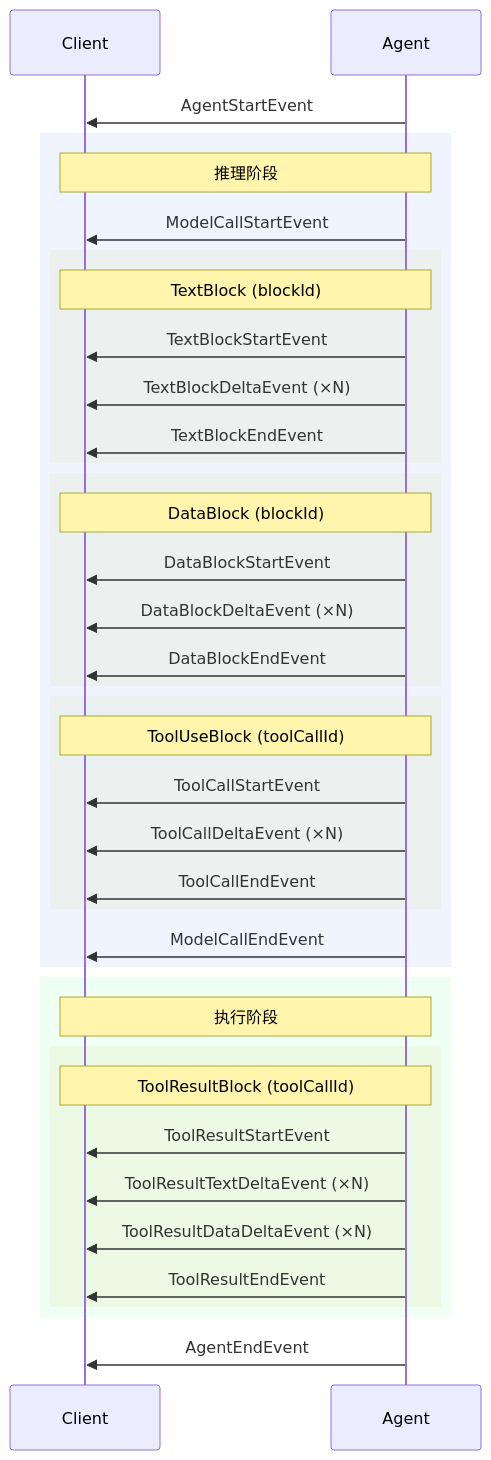
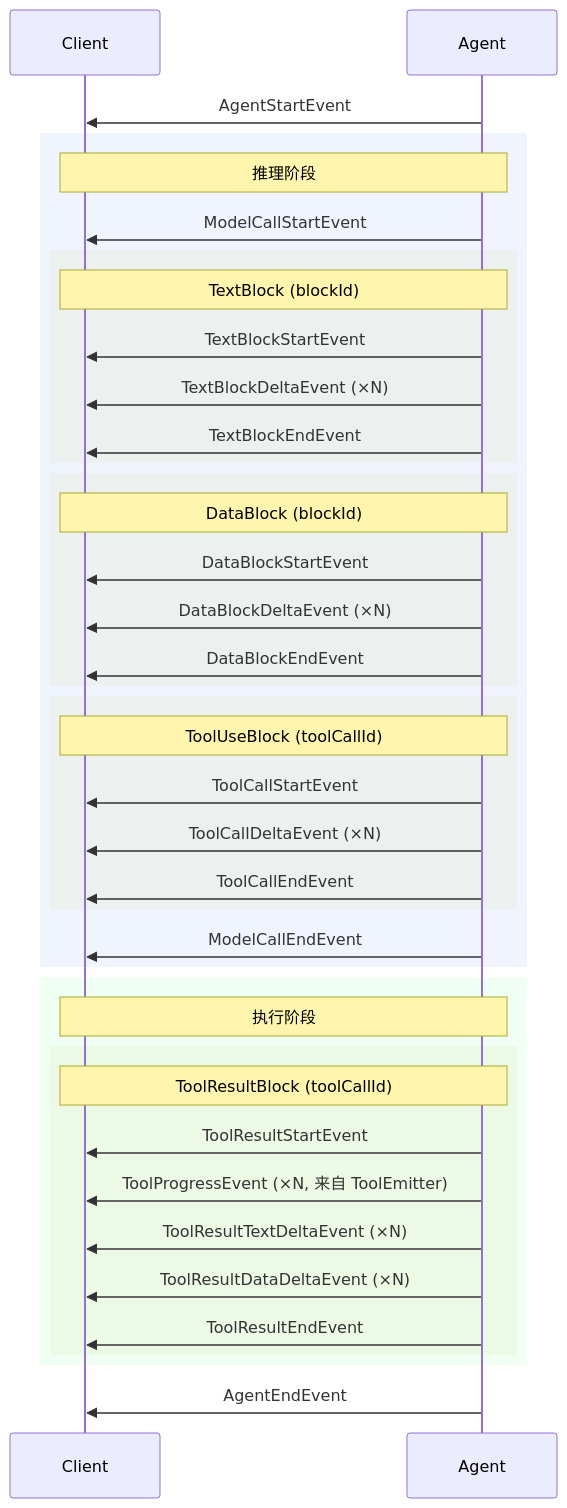
Before and after one commit to nexora-dev200/agentscope-java: the diagram in docs/v2/zh/docs/building-blocks/message-and-event.md, drawn with Mermaid. The commit also changed other lines of this file and 21 other files, not shown here.

First line of the commit message:
fix(core): carry tool progress on its own event type (#3331)

````diff
--- a/docs/v2/zh/docs/building-blocks/message-and-event.md
+++ b/docs/v2/zh/docs/building-blocks/message-and-event.md
@@ -142,44 +142,45 @@
 ```mermaid
 sequenceDiagram
     participant Client
     participant Agent
 
     Agent->>Client: AgentStartEvent
 
     rect rgba(100, 150, 255, 0.1)
         Note over Client,Agent: 推理阶段
         Agent->>Client: ModelCallStartEvent
         rect rgba(200, 200, 100, 0.1)
             Note over Client,Agent: TextBlock (blockId)
             Agent->>Client: TextBlockStartEvent
             Agent->>Client: TextBlockDeltaEvent (×N)
             Agent->>Client: TextBlockEndEvent
         end
         rect rgba(200, 200, 100, 0.1)
             Note over Client,Agent: DataBlock (blockId)
             Agent->>Client: DataBlockStartEvent
             Agent->>Client: DataBlockDeltaEvent (×N)
             Agent->>Client: DataBlockEndEvent
         end
         rect rgba(200, 200, 100, 0.1)
             Note over Client,Agent: ToolUseBlock (toolCallId)
             Agent->>Client: ToolCallStartEvent
             Agent->>Client: ToolCallDeltaEvent (×N)
             Agent->>Client: ToolCallEndEvent
         end
         Agent->>Client: ModelCallEndEvent
     end
 
     rect rgba(100, 255, 150, 0.1)
         Note over Client,Agent: 执行阶段
         rect rgba(200, 200, 100, 0.1)
             Note over Client,Agent: ToolResultBlock (toolCallId)
             Agent->>Client: ToolResultStartEvent
+            Agent->>Client: ToolProgressEvent (×N, 来自 ToolEmitter)
             Agent->>Client: ToolResultTextDeltaEvent (×N)
             Agent->>Client: ToolResultDataDeltaEvent (×N)
             Agent->>Client: ToolResultEndEvent
         end
     end
 
     Agent->>Client: AgentEndEvent
 ```
````
